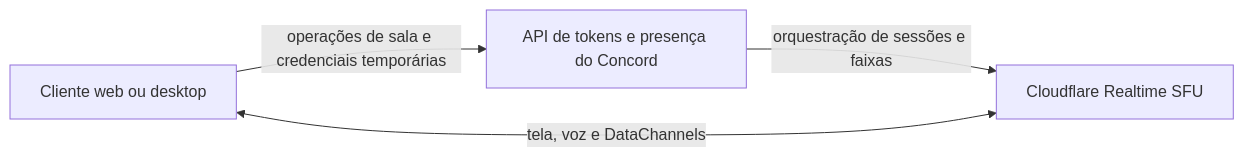
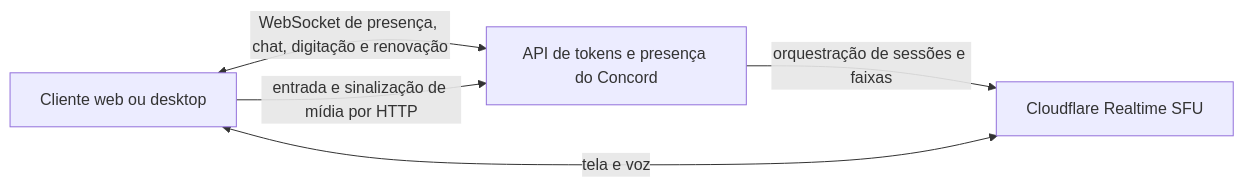
Before and after one commit to Jovem-Blood/Concord: the diagram in README.pt-BR.md, drawn with Mermaid. The commit also changed other lines of this file and 52 other files, not shown here.

````diff
--- a/README.pt-BR.md
+++ b/README.pt-BR.md
@@ -59,10 +60,11 @@
 ```mermaid
 flowchart LR
   Client[Cliente web ou desktop]
   API[API de tokens e presença do Concord]
   SFU[Cloudflare Realtime SFU]
 
-  Client -->|operações de sala e credenciais temporárias| API
+  Client <-->|WebSocket de presença, chat, digitação e renovação| API
+  Client -->|entrada e sinalização de mídia por HTTP| API
   API -->|orquestração de sessões e faixas| SFU
-  Client <-->|tela, voz e DataChannels| SFU
+  Client <-->|tela e voz| SFU
 ```
````
